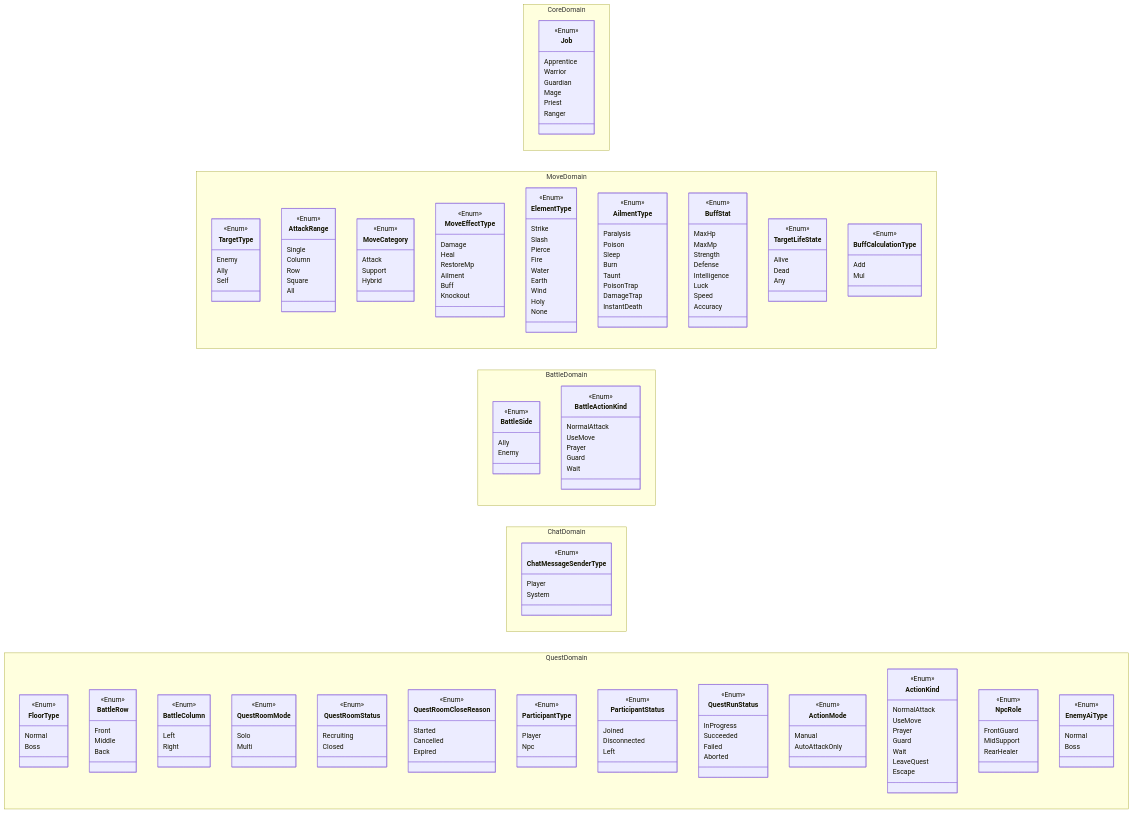
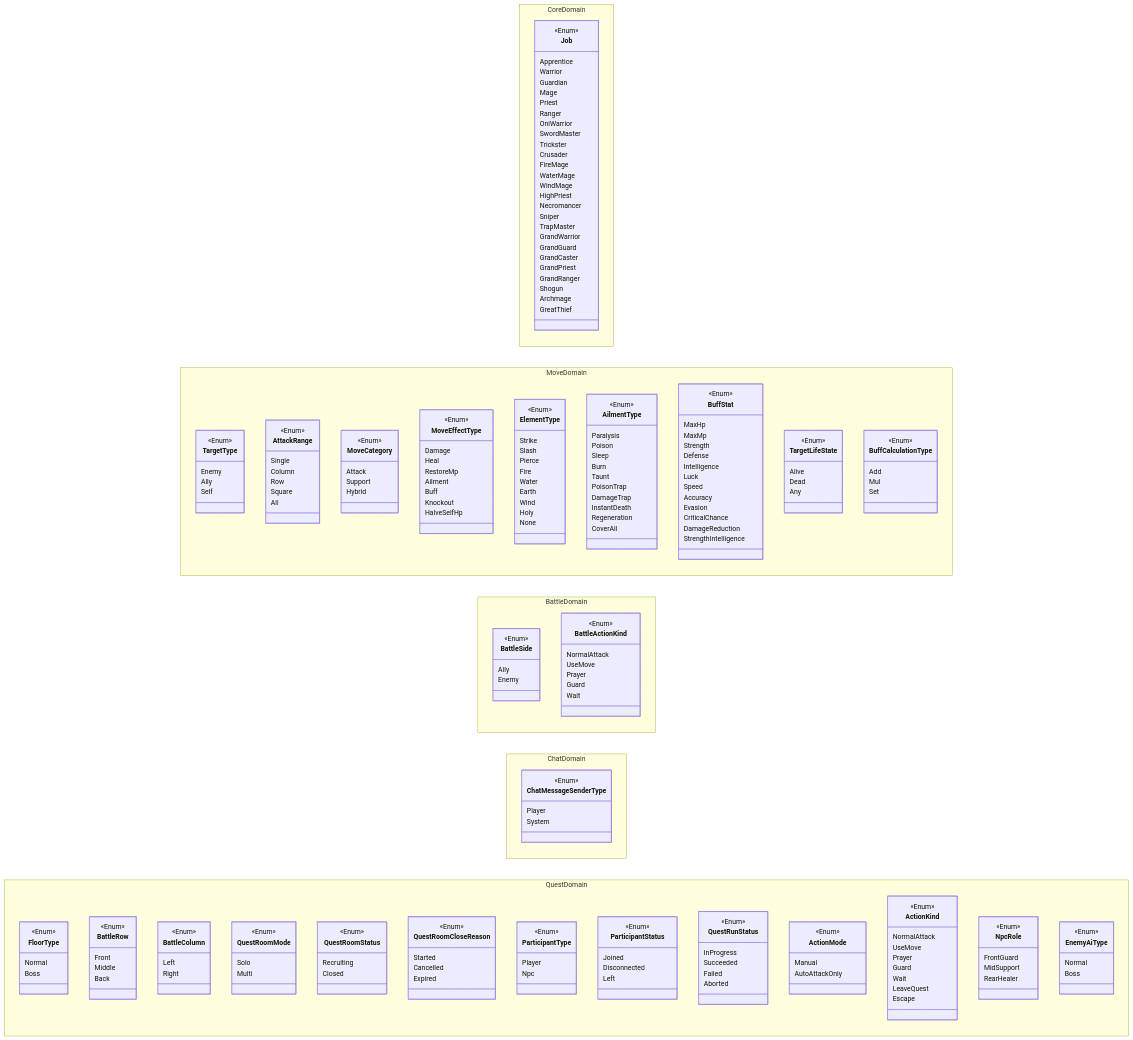
The diagram in docs/MMD21_Enum.mmd (ayumu203/nisekue), drawn with Mermaid before and after one commit. The commit also changed 57 other files, not shown here.

```diff
--- a/docs/MMD21_Enum.mmd
+++ b/docs/MMD21_Enum.mmd
@@ -9,6 +9,25 @@
             Mage
             Priest
             Ranger
+            OniWarrior
+            SwordMaster
+            Trickster
+            Crusader
+            FireMage
+            WaterMage
+            WindMage
+            HighPriest
+            Necromancer
+            Sniper
+            TrapMaster
+            GrandWarrior
+            GrandGuard
+            GrandCaster
+            GrandPriest
+            GrandRanger
+            Shogun
+            Archmage
+            GreatThief
         }
     }
 
@@ -44,6 +63,7 @@
             Ailment
             Buff
             Knockout
+            HalveSelfHp
         }
 
         class ElementType {
@@ -69,6 +89,8 @@
             PoisonTrap
             DamageTrap
             InstantDeath
+            Regeneration
+            CoverAll
         }
 
         class BuffStat {
@@ -81,6 +103,10 @@
             Luck
             Speed
             Accuracy
+            Evasion
+            CriticalChance
+            DamageReduction
+            StrengthIntelligence
         }
 
         class TargetLifeState {
@@ -94,6 +120,7 @@
             <<Enum>>
             Add
             Mul
+            Set
         }
     }
 
```
